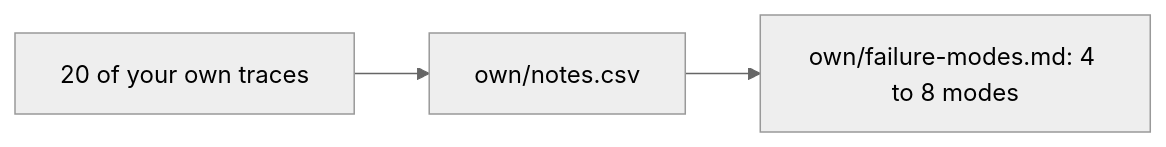
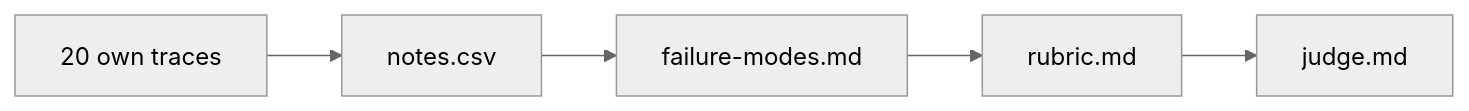
The diagram in parts/04-decide-and-write-it-down/06-bring-your-own-traces/problem/README.md (learnwithparam/ai-evals-for-pms), drawn with Mermaid (neutral theme) before and after one commit. The commit also changed other lines of this file and 155 other files, not shown here.

````diff
--- a/parts/04-decide-and-write-it-down/06-bring-your-own-traces/problem/README.md
+++ b/parts/04-decide-and-write-it-down/06-bring-your-own-traces/problem/README.md
@@ -25,5 +34,7 @@
 ```mermaid
 flowchart LR
-  T[20 of your own traces] --> N[own/notes.csv]
-  N --> M[own/failure-modes.md: 4 to 8 modes]
+  T[20 own traces] --> N[notes.csv]
+  N --> M[failure-modes.md]
+  M --> R[rubric.md]
+  R --> J[judge.md]
 ```
````
